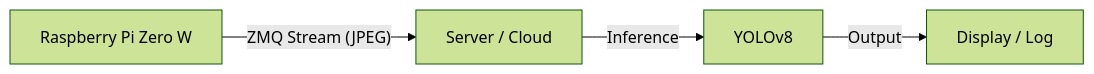
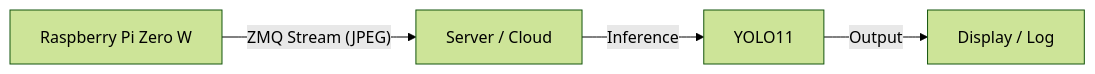
Before and after one commit to HolgerKurtz/pistream: the diagram in README.md, drawn with Mermaid (forest theme). The commit also changed other lines of this file and 5 other files, not shown here.

````diff
--- a/README.md
+++ b/README.md
@@ -13,6 +13,6 @@
 ```mermaid
 graph LR
     A[Raspberry Pi Zero W] -- ZMQ Stream (JPEG) --> B[Server / Cloud]
-    B -- Inference --> C[YOLOv8]
+    B -- Inference --> C[YOLO11]
     C -- Output --> D[Display / Log]
 ```
````
